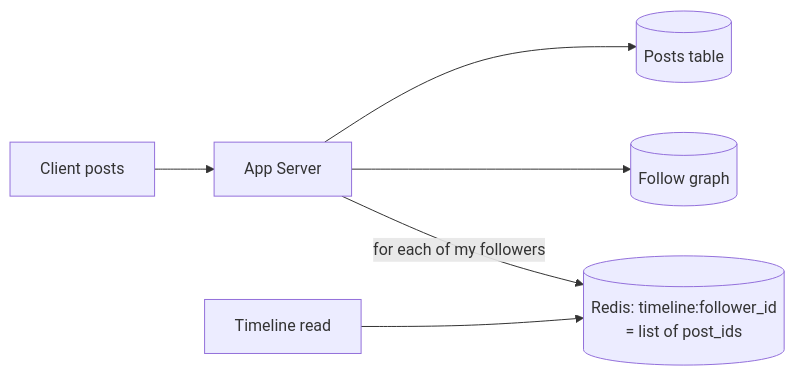
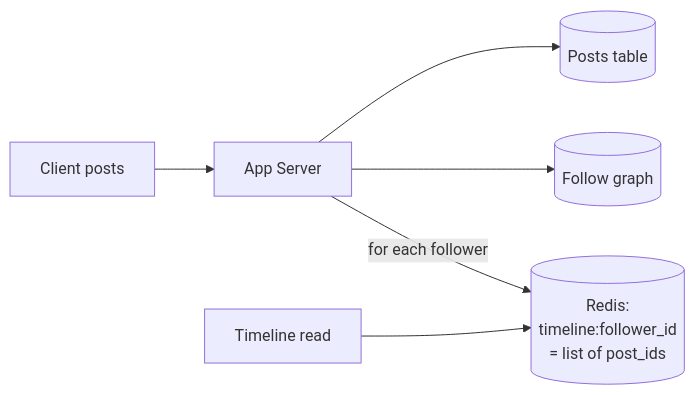
One commit to riyaz-pasha/Learnings changed the second of 16 diagrams in system-design/HLD/0-course/31-Design Twitter-FAANG-Guide-story.md. Above: the diagram before and after it, drawn with Mermaid. The commit also changed other lines of this file and 1 other file, not shown here.

Commit message:
[REWRITE] Design Twitter story guide: simplify prose, add structure, fix diagrams

````diff
--- a/system-design/HLD/0-course/31-Design Twitter-FAANG-Guide-story.md
+++ b/system-design/HLD/0-course/31-Design Twitter-FAANG-Guide-story.md
@@ -49,8 +85,8 @@
 ```mermaid
 flowchart LR
     C["Client posts"] --> APP["App Server"]
     APP --> DB[("Posts table")]
     APP --> G[("Follow graph")]
-    APP -->|"for each of my followers"| R[("Redis: timeline:follower_id\n= list of post_ids")]
+    APP -->|"for each follower"| R[("Redis:<br/>timeline:follower_id<br/>= list of post_ids")]
     READ["Timeline read"] --> R
 ```
````
